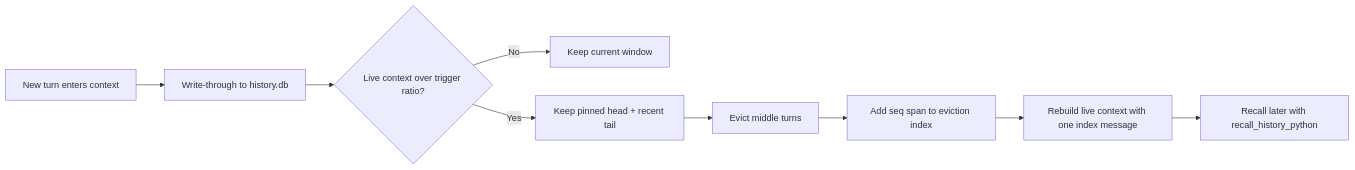
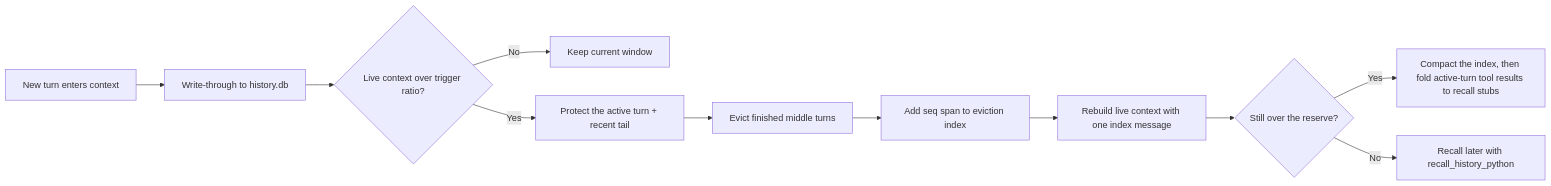
The diagram in website/public/docs/context.en.md (x1n95c/QwenPaw-test), drawn with Mermaid before and after one commit. The commit also changed other lines of this file and 16 other files, not shown here.

Commit message:
fix(scroll): protect the active turn, add graduated pressure relief, and make recall failures unmistakable

````diff
--- a/website/public/docs/context.en.md
+++ b/website/public/docs/context.en.md
@@ -25,11 +25,13 @@
 ```mermaid
 flowchart LR
     A[New turn enters context] --> B[Write-through to history.db]
     B --> C{Live context over trigger ratio?}
     C -->|No| D[Keep current window]
-    C -->|Yes| E[Keep pinned head + recent tail]
-    E --> F[Evict middle turns]
+    C -->|Yes| E[Protect the active turn + recent tail]
+    E --> F[Evict finished middle turns]
     F --> G[Add seq span to eviction index]
     G --> H[Rebuild live context with one index message]
-    H --> I[Recall later with recall_history_python]
+    H --> I{Still over the reserve?}
+    I -->|Yes| J[Compact the index, then fold active-turn tool results to recall stubs]
+    I -->|No| K[Recall later with recall_history_python]
 ```
````
